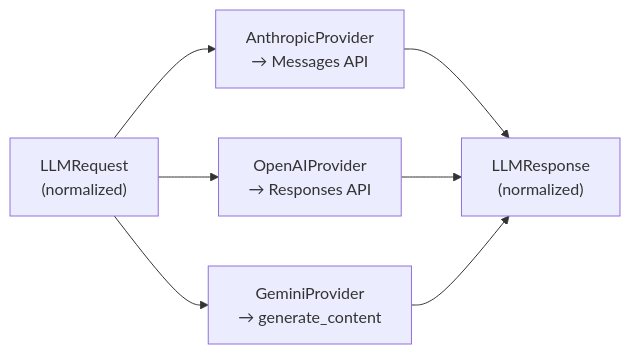
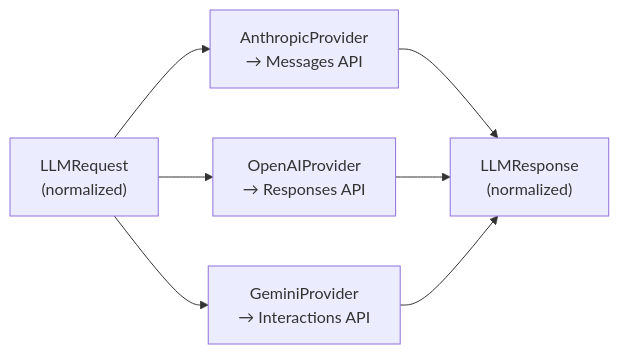
The diagram in docs/posts/one-llm-contract.md (imsid/mashpy), drawn with Mermaid before and after one commit. The commit also changed other lines of this file and 2 other files, not shown here.

First line of the commit message:
docs(llm): correct Gemini provider docs for the Interactions API (#183)

````diff
--- a/docs/posts/one-llm-contract.md
+++ b/docs/posts/one-llm-contract.md
@@ -34,9 +34,9 @@
 ```mermaid
 flowchart LR
     R["LLMRequest\n(normalized)"] --> A["AnthropicProvider\n→ Messages API"]
     R --> O["OpenAIProvider\n→ Responses API"]
-    R --> G["GeminiProvider\n→ generate_content"]
+    R --> G["GeminiProvider\n→ Interactions API"]
     A --> N["LLMResponse\n(normalized)"]
     O --> N
     G --> N
 ```
````
